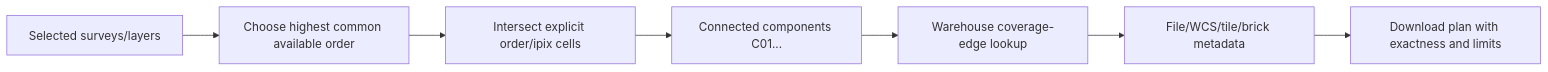
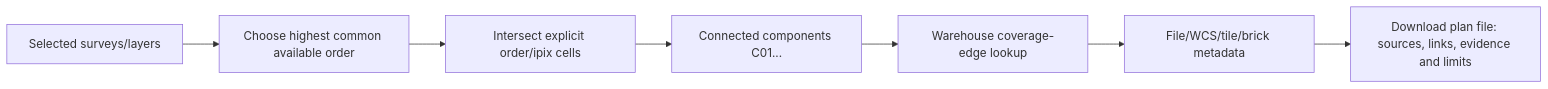
One commit to Astro-Survey-Atlas/Assets changed the second of 2 diagrams in docs/coverage-workflow.md. Above: the diagram before and after it, drawn with Mermaid. The commit also changed other lines of this file and 103 other files, not shown here.

````diff
--- a/docs/coverage-workflow.md
+++ b/docs/coverage-workflow.md
@@ -54,9 +80,9 @@
 ```mermaid
 flowchart LR
   A[Selected surveys/layers] --> B[Choose highest common available order]
   B --> C[Intersect explicit order/ipix cells]
   C --> D[Connected components C01...]
   D --> E[Warehouse coverage-edge lookup]
   E --> F[File/WCS/tile/brick metadata]
-  F --> G[Download plan with exactness and limits]
+  F --> G[Download plan file: sources, links, evidence and limits]
 ```
````
